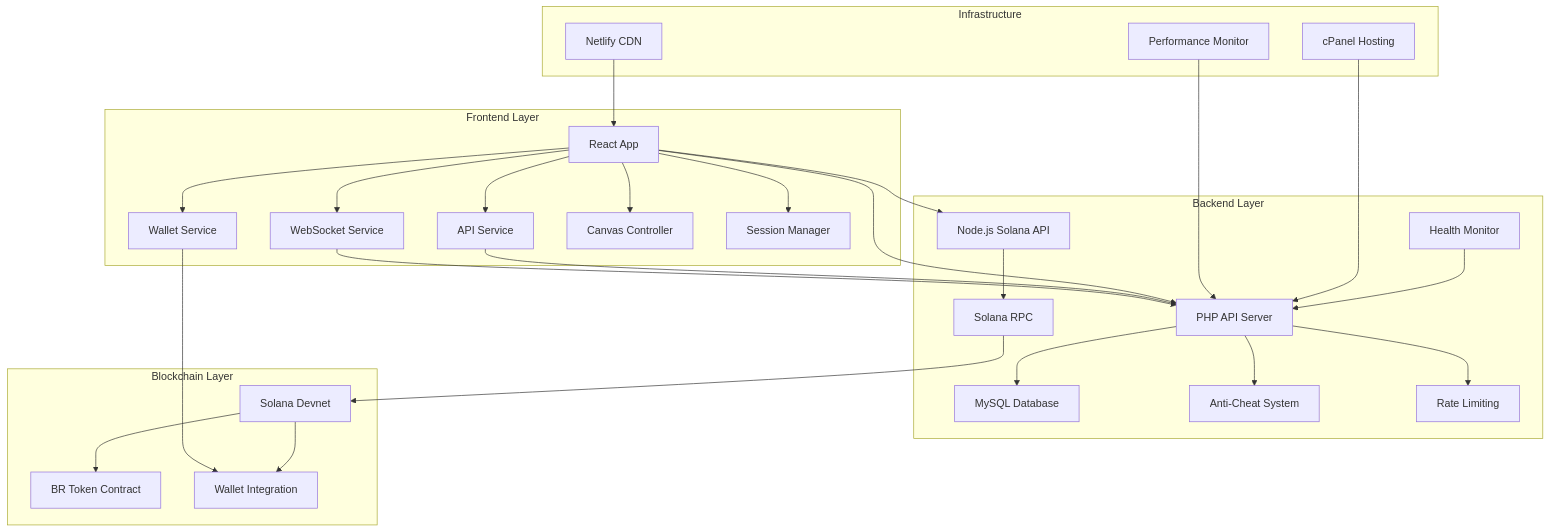
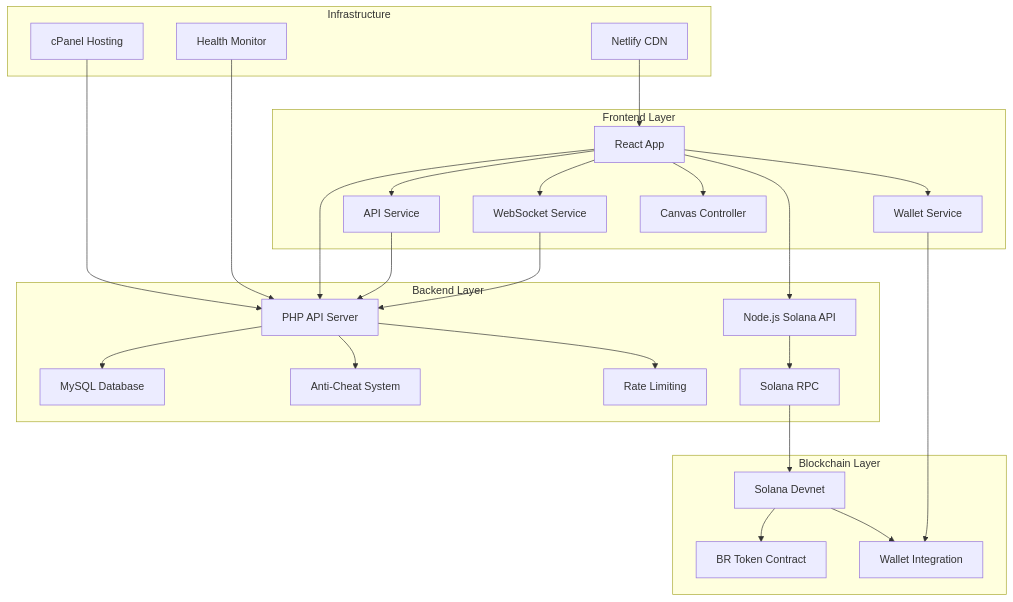
The first of 5 diagrams in README.md (MaliosDark/Astro-Ops), drawn with Mermaid before and after one commit. The commit also changed other lines of this file, not shown here.

````diff
--- a/README.md
+++ b/README.md
@@ -56,36 +56,34 @@
 ```mermaid
 graph TB
     subgraph "Frontend Layer"
         A[React App] --> B[Wallet Service]
         A --> C[API Service]
         A --> D[WebSocket Service]
         A --> E[Canvas Controller]
-        A --> F[Session Manager]
     end
     
     subgraph "Backend Layer"
-        G[PHP API Server] --> H[MySQL Database]
-        G --> I[Anti-Cheat System]
-        G --> J[Rate Limiting]
-        K[Node.js Solana API] --> L[Solana RPC]
-        M[Health Monitor] --> G
+        F[PHP API Server] --> G[MySQL Database]
+        F --> H[Anti-Cheat System]
+        F --> I[Rate Limiting]
+        J[Node.js Solana API] --> K[Solana RPC]
     end
     
     subgraph "Blockchain Layer"
-        L --> N[Solana Devnet]
-        N --> O[BR Token Contract]
-        N --> P[Wallet Integration]
+        K --> L[Solana Devnet]
+        L --> M[BR Token Contract]
+        L --> N[Wallet Integration]
     end
     
     subgraph "Infrastructure"
-        Q[Netlify CDN] --> A
-        R[cPanel Hosting] --> G
-        S[Performance Monitor] --> G
+        O[Netlify CDN] --> A
+        P[cPanel Hosting] --> F
+        Q[Health Monitor] --> F
     end
     
-    A --> G
-    A --> K
-    B --> P
-    C --> G
-    D --> G
+    A --> F
+    A --> J
+    B --> N
+    C --> F
+    D --> F
 ```
````
